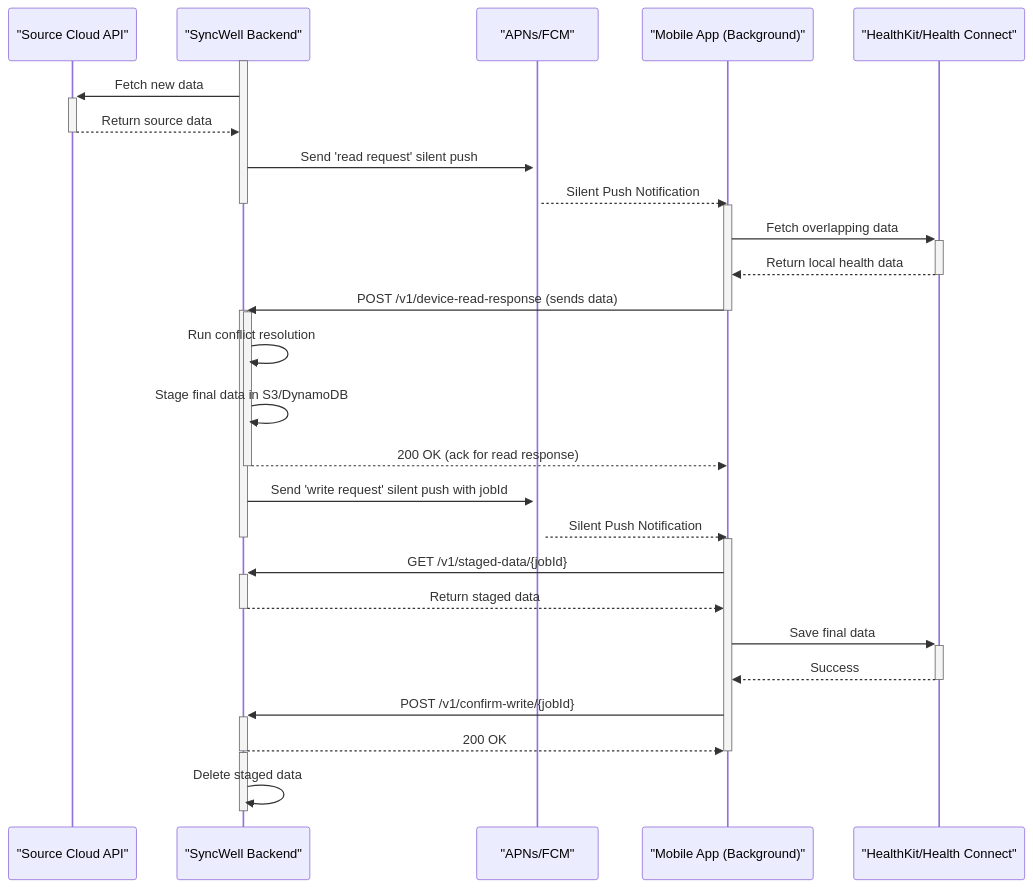
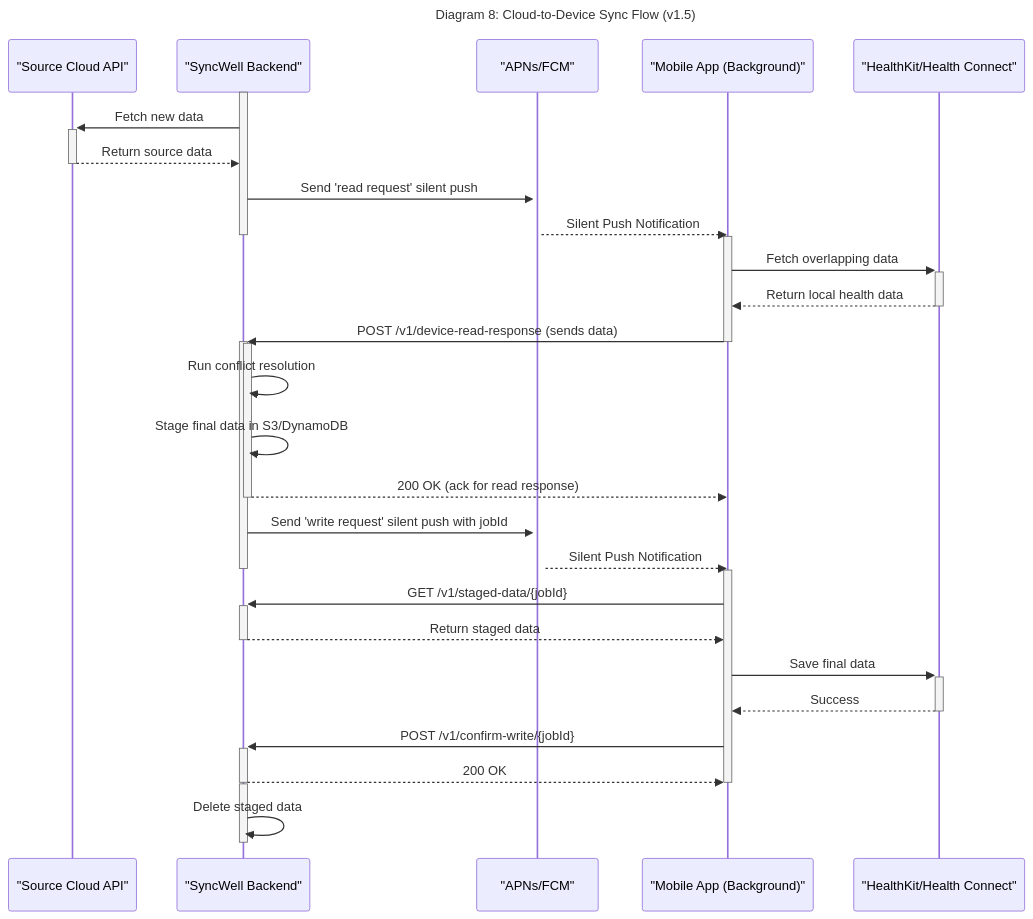
Before and after one commit to dino10bit/healthsync: diagram 15 of 15 in docs/architecture/06-technical-architecture.md, drawn with Mermaid. The commit also changed other lines of this file, not shown here.

Commit message:
Decouple and refine architecture diagrams for clarity

````diff
--- a/docs/architecture/06-technical-architecture.md
+++ b/docs/architecture/06-technical-architecture.md
@@ -1359,48 +1380,51 @@
 ```mermaid
+---
+title: "Diagram 8: Cloud-to-Device Sync Flow (v1.5)"
+---
 sequenceDiagram
     participant SourceAPI as "Source Cloud API"
     participant Backend as "SyncWell Backend"
     participant PushService as "APNs/FCM"
     participant MobileApp as "Mobile App (Background)"
     participant DeviceHealth as "HealthKit/Health Connect"
 
     %% --- Part 1: Backend fetches data and requests destination data ---
     activate Backend
     Backend->>+SourceAPI: Fetch new data
     SourceAPI-->>-Backend: Return source data
     Backend->>+PushService: Send 'read request' silent push
     PushService-->>MobileApp: Silent Push Notification
     deactivate Backend
 
     %% --- Part 2: Mobile app provides destination data ---
     activate MobileApp
     MobileApp->>+DeviceHealth: Fetch overlapping data
     DeviceHealth-->>-MobileApp: Return local health data
     MobileApp->>+Backend: POST /v1/device-read-response (sends data)
     deactivate MobileApp
 
     %% --- Part 3: Backend processes and stages data for write ---
     activate Backend
     Backend->>Backend: Run conflict resolution
     Backend->>Backend: Stage final data in S3/DynamoDB
     Backend-->>-MobileApp: 200 OK (ack for read response)
 
     %% --- Part 4: Backend signals mobile app to write data ---
     Backend->>+PushService: Send 'write request' silent push with jobId
     PushService-->>MobileApp: Silent Push Notification
     deactivate Backend
 
     %% --- Part 5: Mobile app writes data to device ---
     activate MobileApp
     MobileApp->>+Backend: GET /v1/staged-data/{jobId}
     Backend-->>-MobileApp: Return staged data
     MobileApp->>+DeviceHealth: Save final data
     DeviceHealth-->>-MobileApp: Success
     MobileApp->>+Backend: POST /v1/confirm-write/{jobId}
     Backend-->>-MobileApp: 200 OK
     deactivate MobileApp
 
     activate Backend
     Backend->>Backend: Delete staged data
     deactivate Backend
 ```
````
